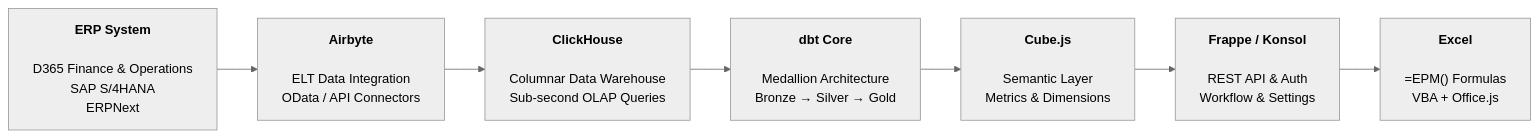
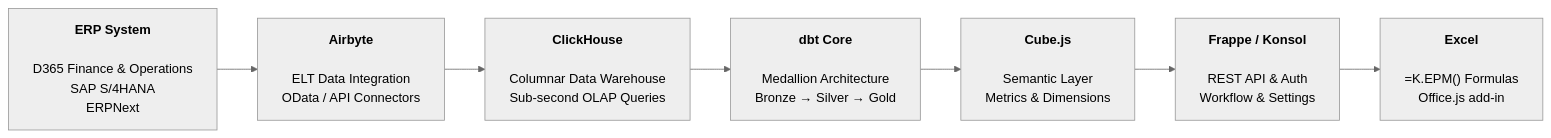
One commit to grynn-in/konsolidat changed the diagram in docs/developer-guide/developer-overview.md. Above: the diagram before and after it, drawn with Mermaid (neutral theme). The commit also changed other lines of this file and 39 other files, not shown here.

First line of the commit message:
Retire the VBA Excel client: the konsol Office add-in is the only one

````diff
--- a/docs/developer-guide/developer-overview.md
+++ b/docs/developer-guide/developer-overview.md
@@ -36,18 +36,18 @@
 ```mermaid
 graph LR
     ERP["<b>ERP System</b><br/><br/>D365 Finance & Operations<br/>SAP S/4HANA<br/>ERPNext"]
 
     AIR["<b>Airbyte</b><br/><br/>ELT Data Integration<br/>OData / API Connectors"]
 
     CH["<b>ClickHouse</b><br/><br/>Columnar Data Warehouse<br/>Sub-second OLAP Queries"]
 
     DBT["<b>dbt Core</b><br/><br/>Medallion Architecture<br/>Bronze → Silver → Gold"]
 
     CUBE["<b>Cube.js</b><br/><br/>Semantic Layer<br/>Metrics & Dimensions"]
 
     FRAPPE["<b>Frappe / Konsol</b><br/><br/>REST API & Auth<br/>Workflow & Settings"]
 
-    EXCEL["<b>Excel</b><br/><br/>=EPM() Formulas<br/>VBA + Office.js"]
+    EXCEL["<b>Excel</b><br/><br/>=K.EPM() Formulas<br/>Office.js add-in"]
 
     ERP --> AIR --> CH --> DBT --> CUBE --> FRAPPE --> EXCEL
 ```
````
